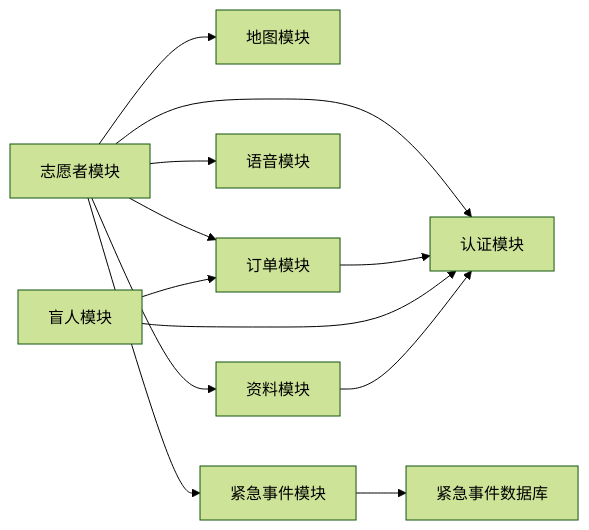
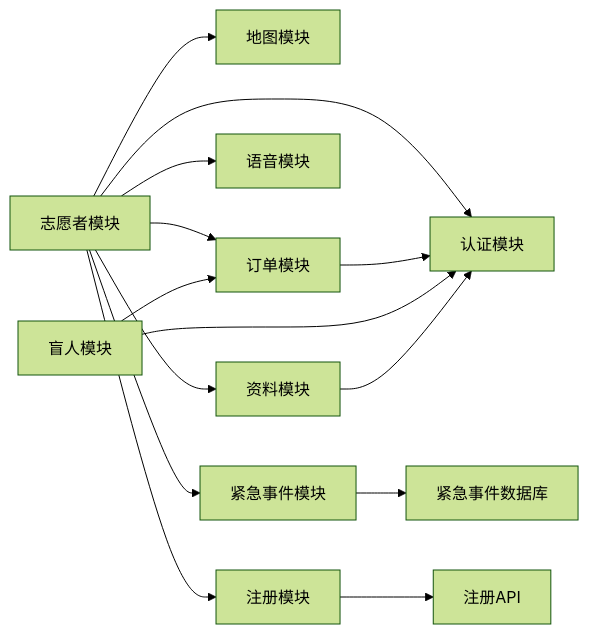
Before and after one commit to Jayden23018/blind-run-ios: diagram 13 of 14 in .qoder/repowiki/zh/content/核心功能模块/志愿者功能/志愿者功能.md, drawn with Mermaid (forest theme). The commit also changed other lines of this file and 22 other files, not shown here.

````diff
--- a/.qoder/repowiki/zh/content/核心功能模块/志愿者功能/志愿者功能.md
+++ b/.qoder/repowiki/zh/content/核心功能模块/志愿者功能/志愿者功能.md
@@ -530,14 +667,16 @@
 ```mermaid
 graph LR
 VOL["志愿者模块"] --> AUTH["认证模块"]
 VOL --> MAP["地图模块"]
 VOL --> ORD["订单模块"]
 VOL --> VOICE["语音模块"]
 VOL --> PROF["资料模块"]
 VOL --> EMER["紧急事件模块"]
+VOL --> REG["注册模块"]
 ORD --> AUTH
 BR["盲人模块"] --> ORD
 BR --> AUTH
 PROF --> AUTH
 EMER --> EMERDB["紧急事件数据库"]
+REG --> REGAPI["注册API"]
 ```
````
